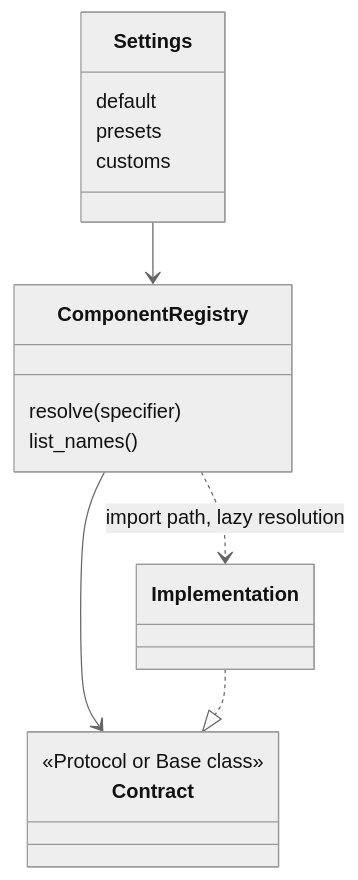
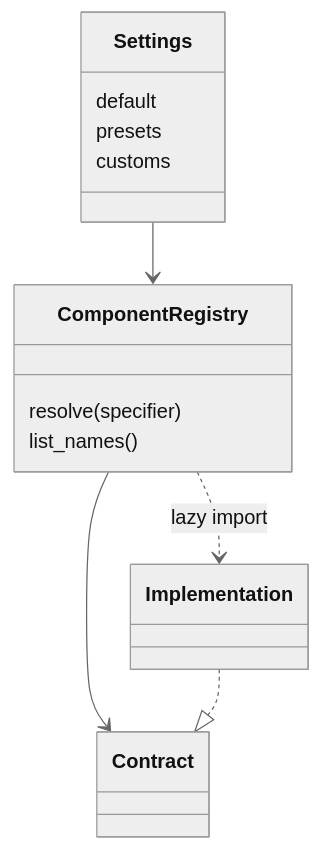
The second of 2 diagrams in docs/concepts/runtime-configuration-and-extensibility.md (kiarina/kiari), drawn with Mermaid (neutral theme) before and after one commit. The commit also changed other lines of this file and 19 other files, not shown here.

````diff
--- a/docs/concepts/runtime-configuration-and-extensibility.md
+++ b/docs/concepts/runtime-configuration-and-extensibility.md
@@ -106,21 +84,19 @@
 ```mermaid
 classDiagram
-    class Contract {
-        <<Protocol or Base class>>
-    }
+    class Contract
     class Settings {
         default
         presets
         customs
     }
     class ComponentRegistry {
         resolve(specifier)
         list_names()
     }
     class Implementation
 
     Settings --> ComponentRegistry
     ComponentRegistry --> Contract
     Implementation ..|> Contract
-    ComponentRegistry ..> Implementation : import path, lazy resolution
+    ComponentRegistry ..> Implementation : lazy import
 ```
````
